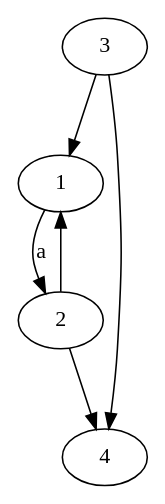
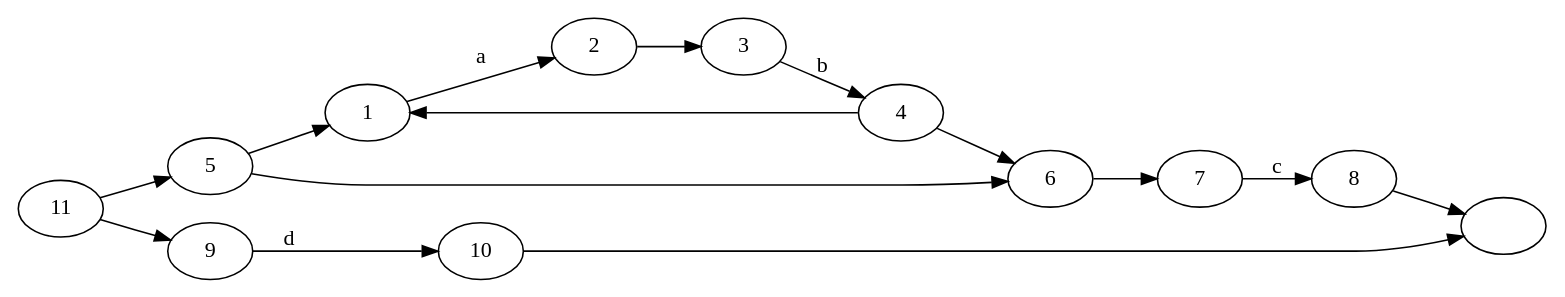
The diagram in test.dot (RedHoodie52/ds3-nicho-sherly), drawn with Graphviz before and after one commit. The commit also changed 7 other files, not shown here.

```diff
--- a/test.dot
+++ b/test.dot
@@ -1,7 +1,18 @@
 digraph StateMachine {
+  rankdir="LR";
   "1" -> "2" [label="a"]
-  "2" -> "1" [label=" "]
-  "2" -> "4" [label=" "]
-  "3" -> "1" [label=" "]
-  "3" -> "4" [label=" "]
+  "2" -> "3" [label=" "]
+  "3" -> "4" [label="b"]
+  "4" -> "1" [label=" "]
+  "4" -> "6" [label=" "]
+  "5" -> "1" [label=" "]
+  "5" -> "6" [label=" "]
+  "6" -> "7" [label=" "]
+  "7" -> "8" [label="c"]
+  "8" -> "12" [label=" "]
+  "9" -> "10" [label="d"]
+  "10" -> "12" [label=" "]
+  "11" -> "5" [label=" "]
+  "11" -> "9" [label=" "]
+  "12"  [label=" "]
 }
```
